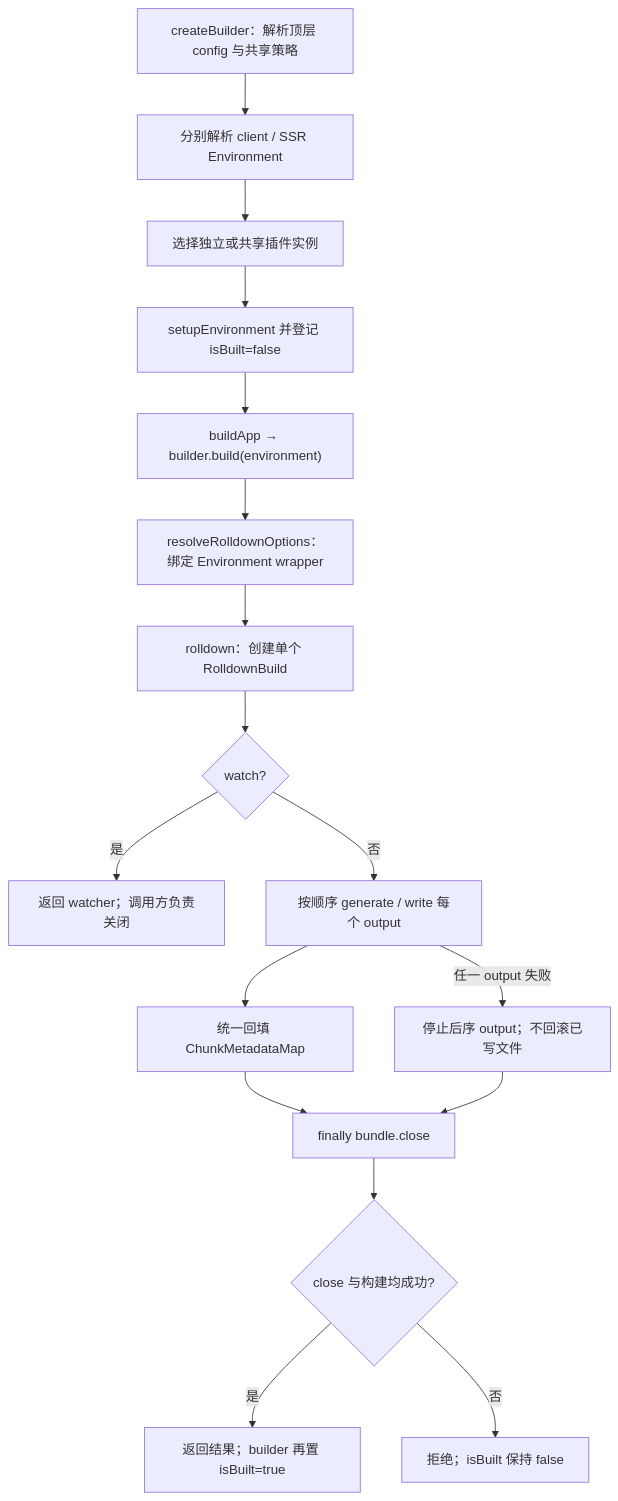
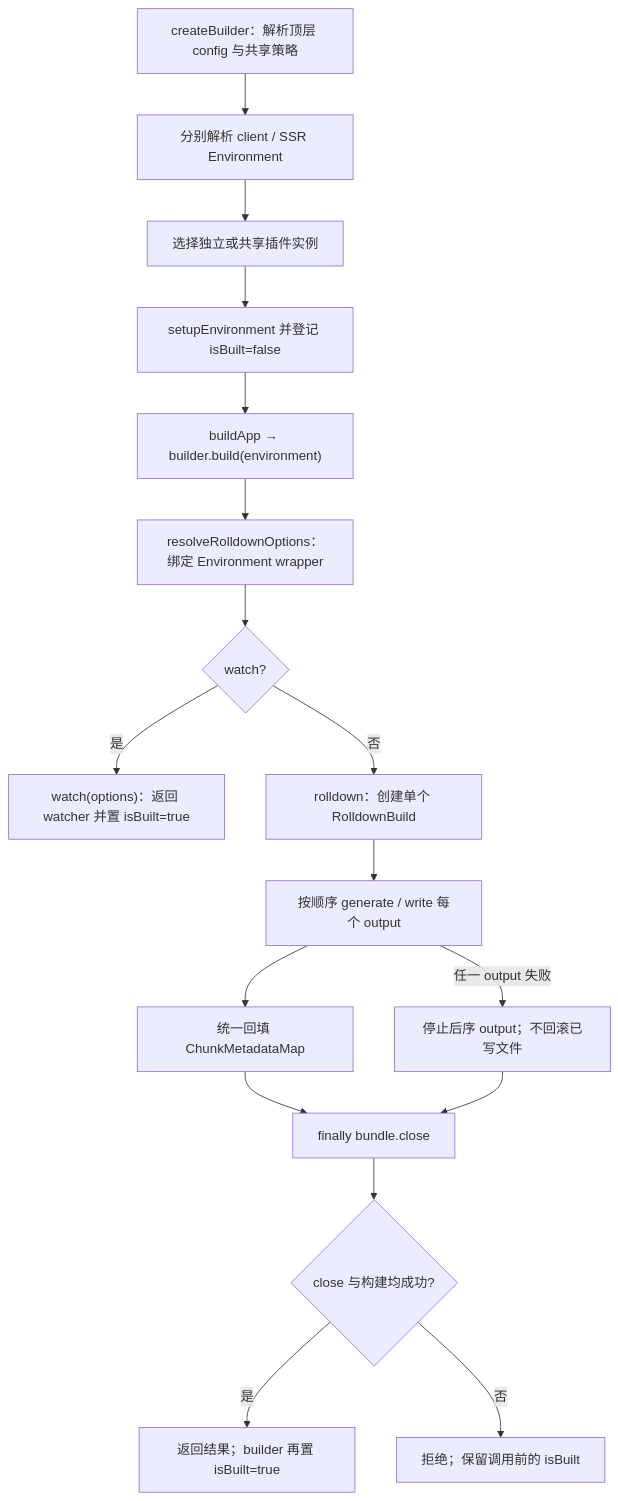
The diagram in vite/reading-guides/14a-build-orchestration.md (chenachen/source-code), drawn with Mermaid before and after one commit. The commit also changed other lines of this file and 2108 other files, not shown here.

````diff
--- a/vite/reading-guides/14a-build-orchestration.md
+++ b/vite/reading-guides/14a-build-orchestration.md
@@ -597,19 +598,19 @@
 ```mermaid
 flowchart TD
   A["createBuilder：解析顶层 config 与共享策略"] --> B["分别解析 client / SSR Environment"]
   B --> C["选择独立或共享插件实例"]
   C --> D["setupEnvironment 并登记 isBuilt=false"]
   D --> E["buildApp → builder.build(environment)"]
   E --> F["resolveRolldownOptions：绑定 Environment wrapper"]
-  F --> G["rolldown：创建单个 RolldownBuild"]
-  G --> H{"watch?"}
-  H -- "是" --> I["返回 watcher；调用方负责关闭"]
-  H -- "否" --> J["按顺序 generate / write 每个 output"]
+  F --> H{"watch?"}
+  H -- "是" --> I["watch(options)：返回 watcher 并置 isBuilt=true"]
+  H -- "否" --> G["rolldown：创建单个 RolldownBuild"]
+  G --> J["按顺序 generate / write 每个 output"]
   J --> K["统一回填 ChunkMetadataMap"]
   J -- "任一 output 失败" --> L["停止后序 output；不回滚已写文件"]
   K --> M["finally bundle.close"]
   L --> M
   M --> N{"close 与构建均成功?"}
   N -- "是" --> O["返回结果；builder 再置 isBuilt=true"]
-  N -- "否" --> P["拒绝；isBuilt 保持 false"]
+  N -- "否" --> P["拒绝；保留调用前的 isBuilt"]
 ```
````
